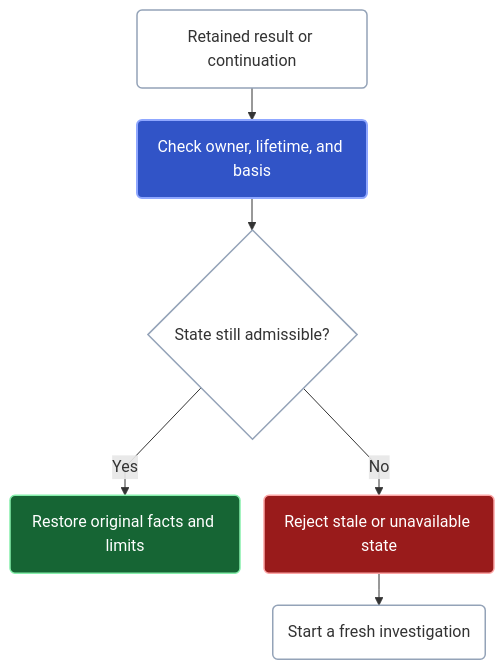
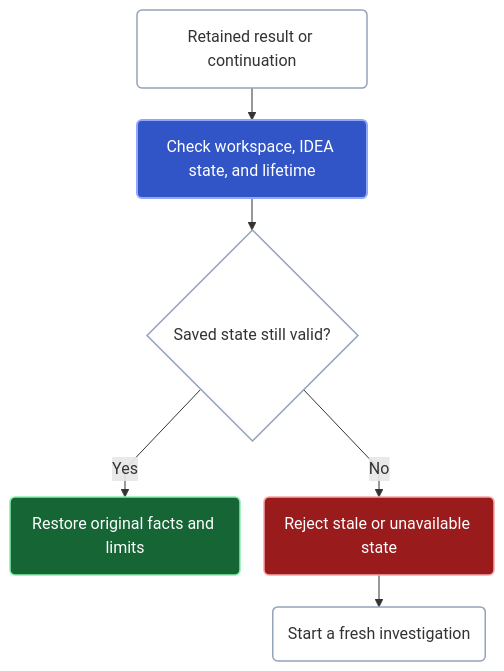
The diagram in docs/public/concepts/evidence-boundaries.mdx (amichne/kast), drawn with Mermaid before and after one commit. The commit also changed other lines of this file and 10 other files, not shown here.

First line of the commit message:
docs: simplify Kast workflows and explain query results (#897)

````diff
--- a/docs/public/concepts/evidence-boundaries.mdx
+++ b/docs/public/concepts/evidence-boundaries.mdx
@@ -33,18 +33,18 @@
 ```mermaid
 %%{init: {"flowchart": {"curve": "linear", "nodeSpacing": 24, "rankSpacing": 32}}}%%
 flowchart TB
-  accTitle: Retained evidence is restored only under its admitted basis
-  accDescr: Kast checks the owning workspace, lifetime, and read basis of a retained result or continuation. Valid available state restores the original evidence. Stale or unavailable state requires an explicit fresh investigation.
-  A("Retained result or continuation") --> B("Check owner, lifetime, and basis")
-  B --> C{"State still admissible?"}
+  accTitle: Kast checks retained state before reuse
+  accDescr: Kast checks the workspace, owning IDEA instance, read state, and lifetime of a retained result or continuation. Valid saved state restores the original facts and limits. Stale or unavailable state requires a fresh query.
+  A("Retained result or continuation") --> B("Check workspace, IDEA state, and lifetime")
+  B --> C{"Saved state still valid?"}
   C -->|Yes| D("Restore original facts and limits")
   C -->|No| E("Reject stale or unavailable state")
   E --> F("Start a fresh investigation")
   classDef default fill:transparent,stroke:#94A3B8,stroke-width:1.5px;
   classDef authority fill:#3154C7,color:#FFFFFF,stroke:#8FA7FF,stroke-width:2px;
   classDef evidence fill:#166534,color:#FFFFFF,stroke:#86EFAC,stroke-width:1.5px;
   classDef rejected fill:#991B1B,color:#FFFFFF,stroke:#FCA5A5,stroke-width:1.5px;
   class B authority;
   class D evidence;
   class E rejected;
 ```
````
